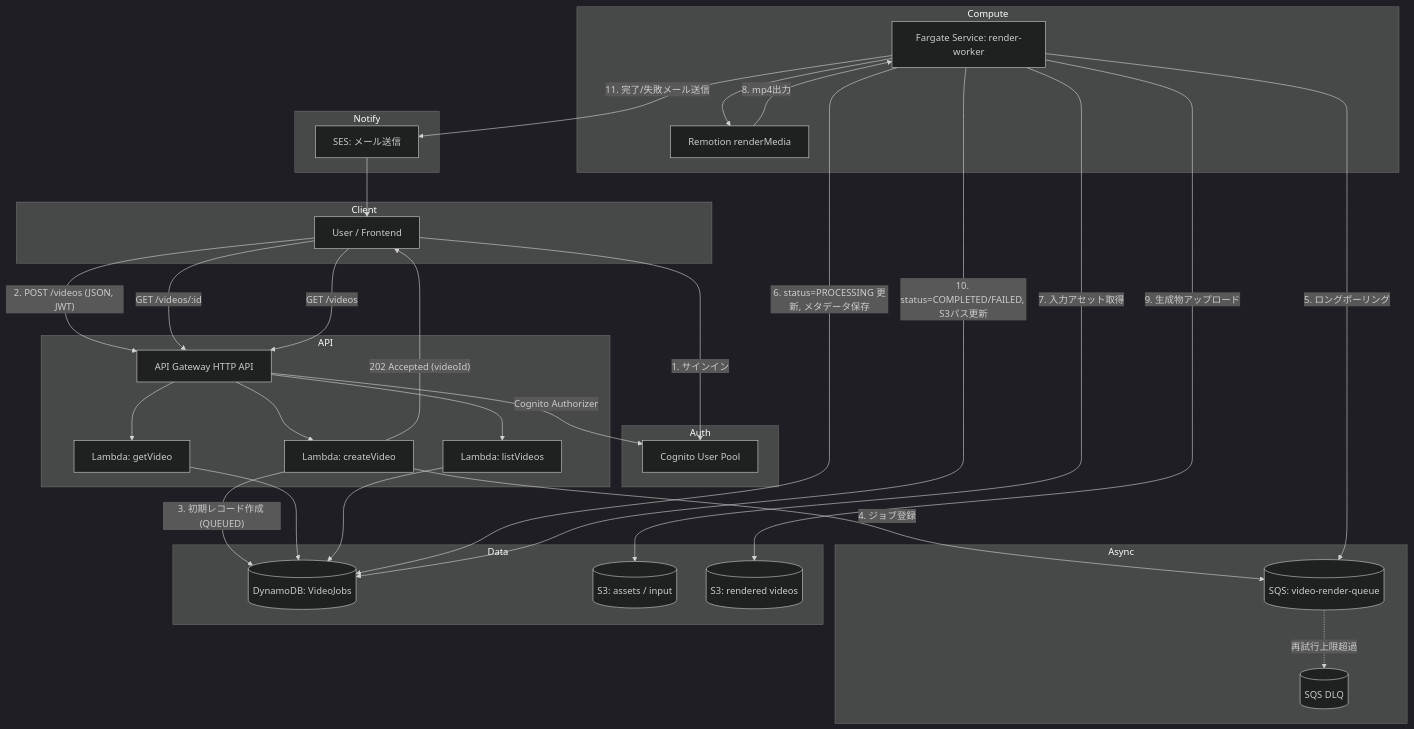
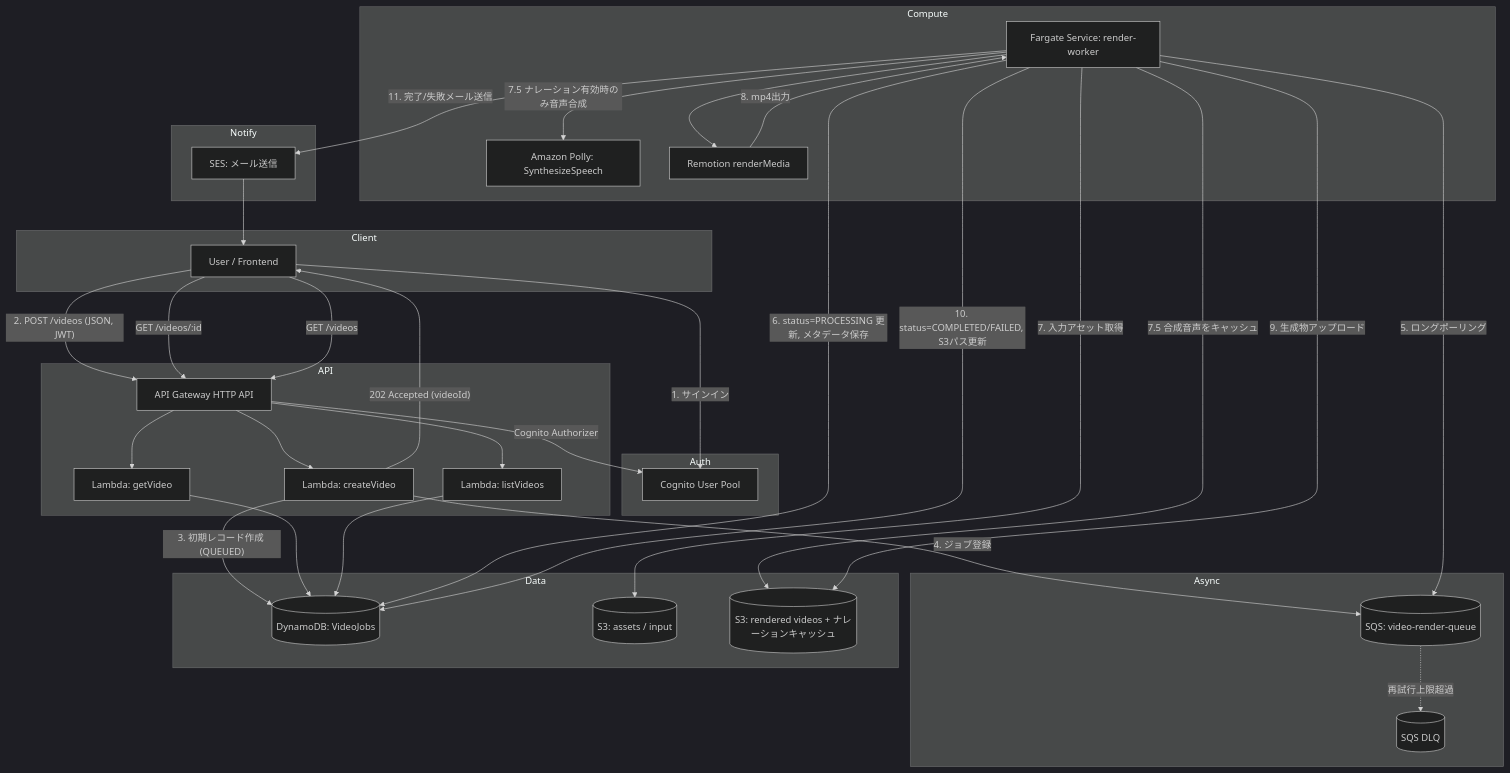
Before and after one commit to daiki-kaneda/video-generation: the diagram in docs/architecture.md, drawn with Mermaid (dark theme). The commit also changed other lines of this file, not shown here.

Commit message:
docs: ナレーション自動生成(Amazon Polly)についてアーキテクチャドキュメントに追記

````diff
--- a/docs/architecture.md
+++ b/docs/architecture.md
@@ -27,59 +27,62 @@
 ```mermaid
 flowchart TD
     subgraph Client
         U[User / Frontend]
     end
 
     subgraph Auth
         COG[Cognito User Pool]
     end
 
     subgraph API
         APIGW[API Gateway HTTP API]
         L_CREATE[Lambda: createVideo]
         L_GET[Lambda: getVideo]
         L_LIST[Lambda: listVideos]
     end
 
     subgraph Async
         SQS[(SQS: video-render-queue)]
         DLQ[(SQS DLQ)]
     end
 
     subgraph Compute
         FG[Fargate Service: render-worker]
+        POLLY[Amazon Polly: SynthesizeSpeech]
         REMOTION[Remotion renderMedia]
     end
 
     subgraph Data
         DDB[(DynamoDB: VideoJobs)]
         S3IN[(S3: assets / input)]
-        S3OUT[(S3: rendered videos)]
+        S3OUT[(S3: rendered videos + ナレーションキャッシュ)]
     end
 
     subgraph Notify
         SES[SES: メール送信]
     end
 
     U -- 1. サインイン --> COG
     U -- 2. POST /videos (JSON, JWT) --> APIGW
     APIGW -- Cognito Authorizer --> COG
     APIGW --> L_CREATE
     L_CREATE -- 3. 初期レコード作成 (QUEUED) --> DDB
     L_CREATE -- 4. ジョブ登録 --> SQS
     L_CREATE -- 202 Accepted (videoId) --> U
 
     U -- GET /videos/:id --> APIGW --> L_GET --> DDB
     U -- GET /videos --> APIGW --> L_LIST --> DDB
 
     FG -- 5. ロングポーリング --> SQS
     SQS -. 再試行上限超過 .-> DLQ
     FG -- 6. status=PROCESSING 更新, メタデータ保存 --> DDB
     FG -- 7. 入力アセット取得 --> S3IN
+    FG -- 7.5 ナレーション有効時のみ音声合成 --> POLLY
+    FG -- 7.5 合成音声をキャッシュ --> S3OUT
     FG --> REMOTION
     REMOTION -- 8. mp4出力 --> FG
     FG -- 9. 生成物アップロード --> S3OUT
     FG -- 10. status=COMPLETED/FAILED, S3パス更新 --> DDB
     FG -- 11. 完了/失敗メール送信 --> SES
     SES --> U
 ```
````
